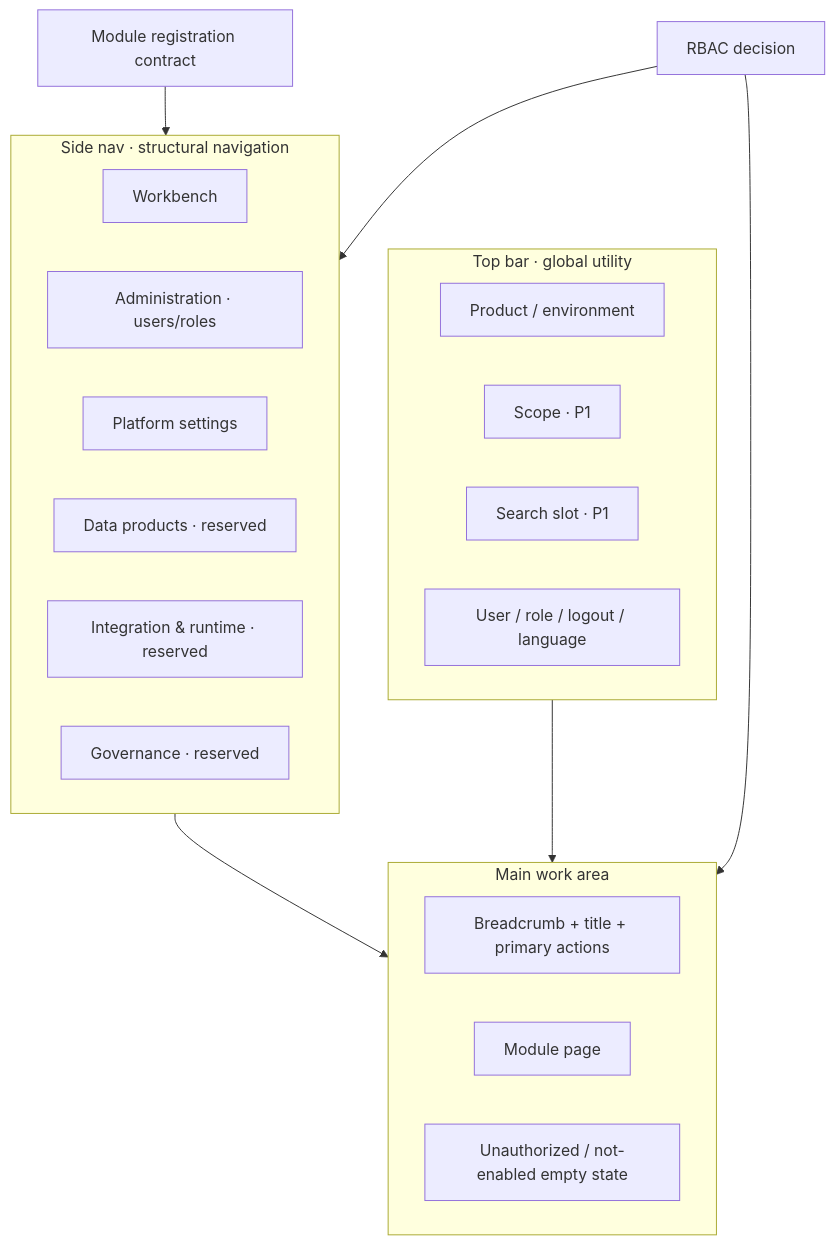
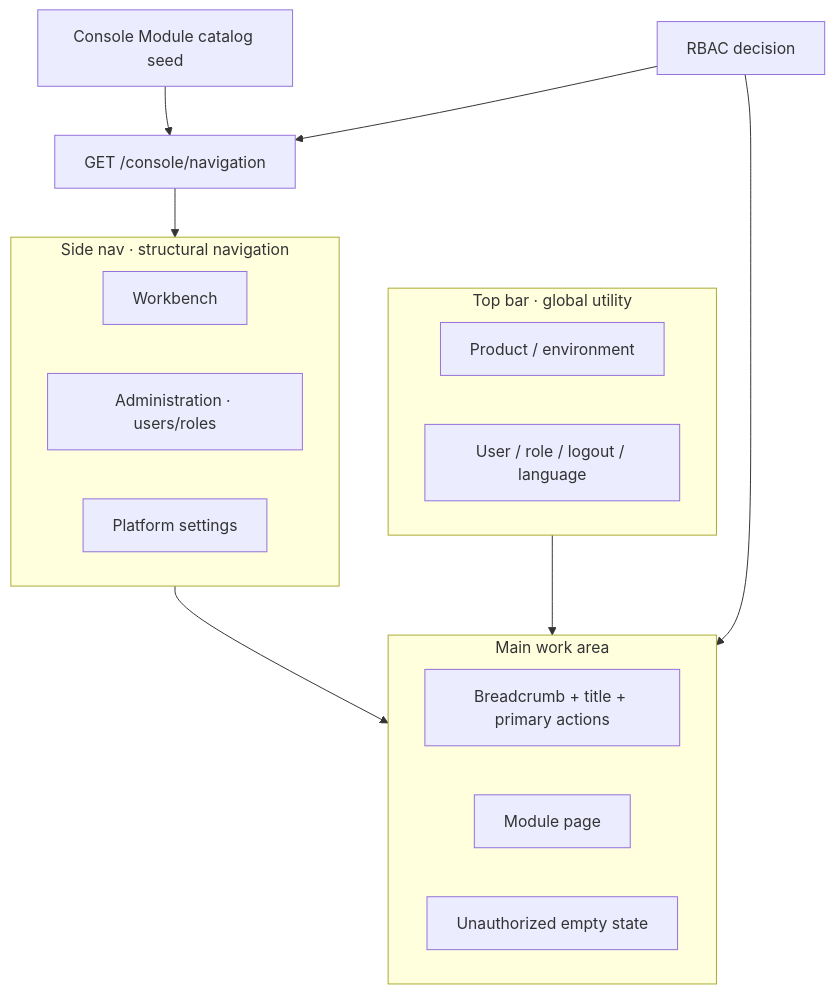
One commit to hughluang/refraq changed the diagram in docs/business-management-console.md. Above: the diagram before and after it, drawn with Mermaid. The commit also changed other lines of this file and 39 other files, not shown here.

First line of the commit message:
feat(console-settings): implement console navigation and platform settings API

````diff
--- a/docs/business-management-console.md
+++ b/docs/business-management-console.md
@@ -122,30 +121,26 @@
 ```mermaid
 flowchart TB
   subgraph TopBar["Top bar · global utility"]
     Brand["Product / environment"]
-    Scope["Scope · P1"]
-    Search["Search slot · P1"]
     UserMenu["User / role / logout / language"]
   end
 
   subgraph SideNav["Side nav · structural navigation"]
     G1["Workbench"]
     G2["Administration · users/roles"]
     G3["Platform settings"]
-    G4["Data products · reserved"]
-    G5["Integration & runtime · reserved"]
-    G6["Governance · reserved"]
   end
 
   subgraph Main["Main work area"]
     Chrome["Breadcrumb + title + primary actions"]
     Body["Module page"]
-    Empty["Unauthorized / not-enabled empty state"]
+    Empty["Unauthorized empty state"]
   end
 
-  Registry["Module registration contract"] --> SideNav
-  RBAC["RBAC decision"] --> SideNav
+  Catalog["Console Module catalog seed"] --> NavAPI["GET /console/navigation"]
+  RBAC["RBAC decision"] --> NavAPI
+  NavAPI --> SideNav
   RBAC --> Main
   TopBar --> Main
   SideNav --> Main
 ```
````
